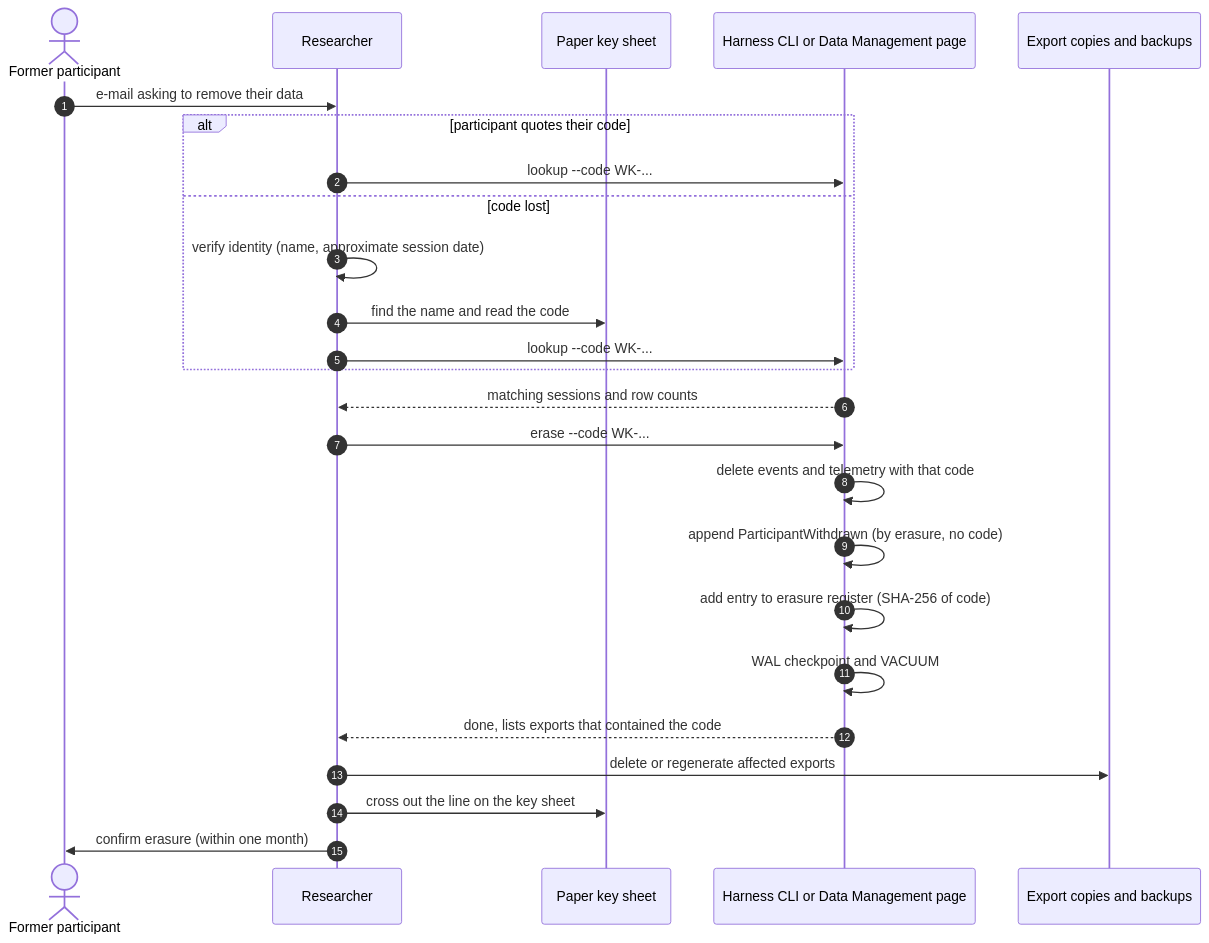
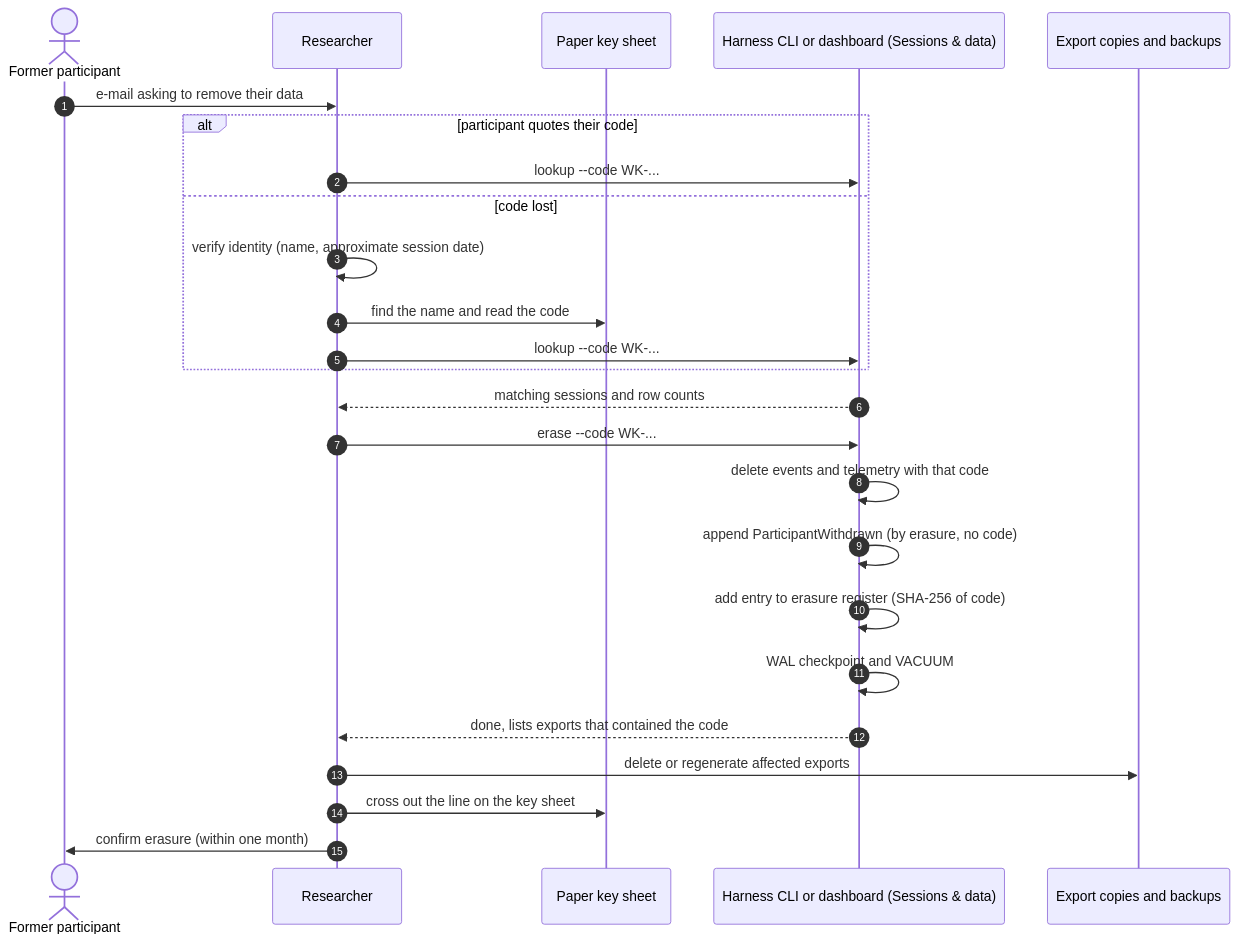
The fourth of 4 diagrams in docs/DATA-MANAGEMENT.md (xy-zak/WhoKnowsWhoActs), drawn with Mermaid before and after one commit. The commit also changed other lines of this file and 8 other files, not shown here.

````diff
--- a/docs/DATA-MANAGEMENT.md
+++ b/docs/DATA-MANAGEMENT.md
@@ -201,27 +201,27 @@
 ```mermaid
 sequenceDiagram
   autonumber
   actor P as Former participant
   participant R as Researcher
   participant K as Paper key sheet
-  participant H as Harness CLI or Data Management page
+  participant H as Harness CLI or dashboard (Sessions & data)
   participant X as Export copies and backups
   P->>R: e-mail asking to remove their data
   alt participant quotes their code
     R->>H: lookup --code WK-...
   else code lost
     R->>R: verify identity (name, approximate session date)
     R->>K: find the name and read the code
     R->>H: lookup --code WK-...
   end
   H-->>R: matching sessions and row counts
   R->>H: erase --code WK-...
   H->>H: delete events and telemetry with that code
   H->>H: append ParticipantWithdrawn (by erasure, no code)
   H->>H: add entry to erasure register (SHA-256 of code)
   H->>H: WAL checkpoint and VACUUM
   H-->>R: done, lists exports that contained the code
   R->>X: delete or regenerate affected exports
   R->>K: cross out the line on the key sheet
   R->>P: confirm erasure (within one month)
 ```
````
